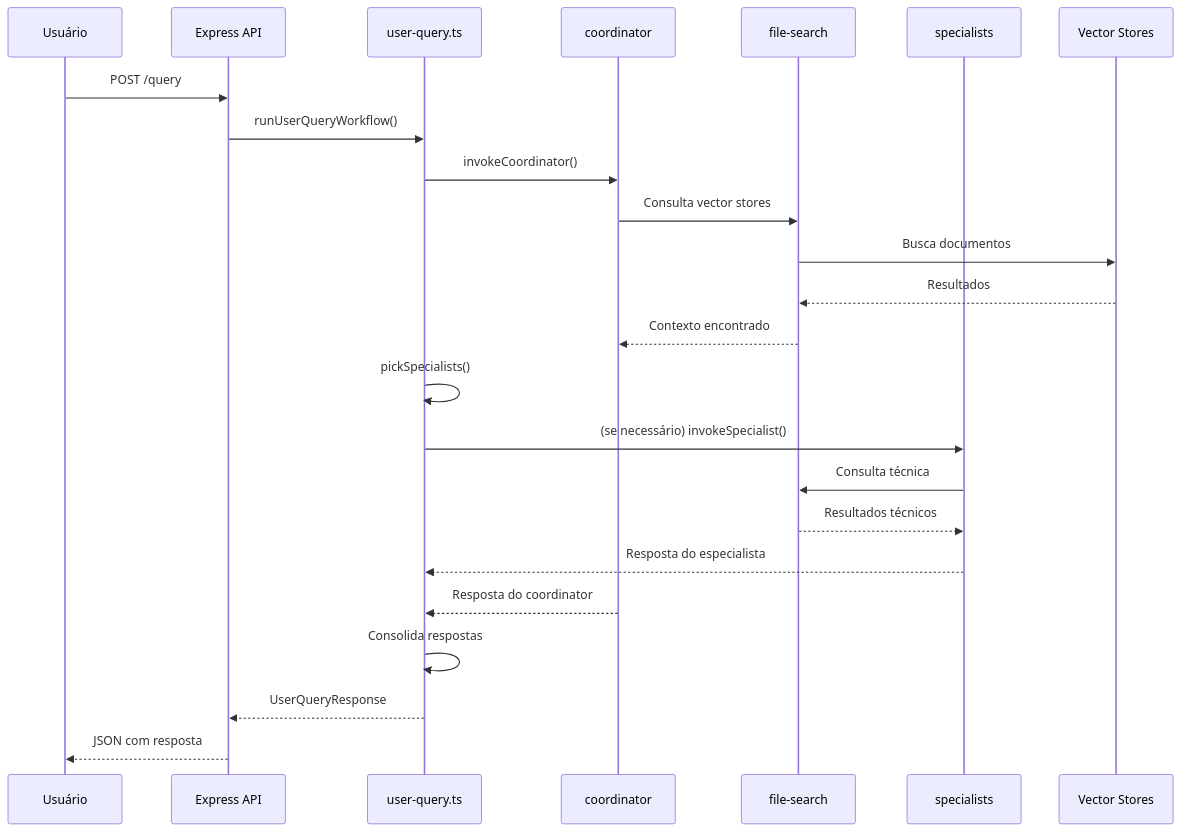
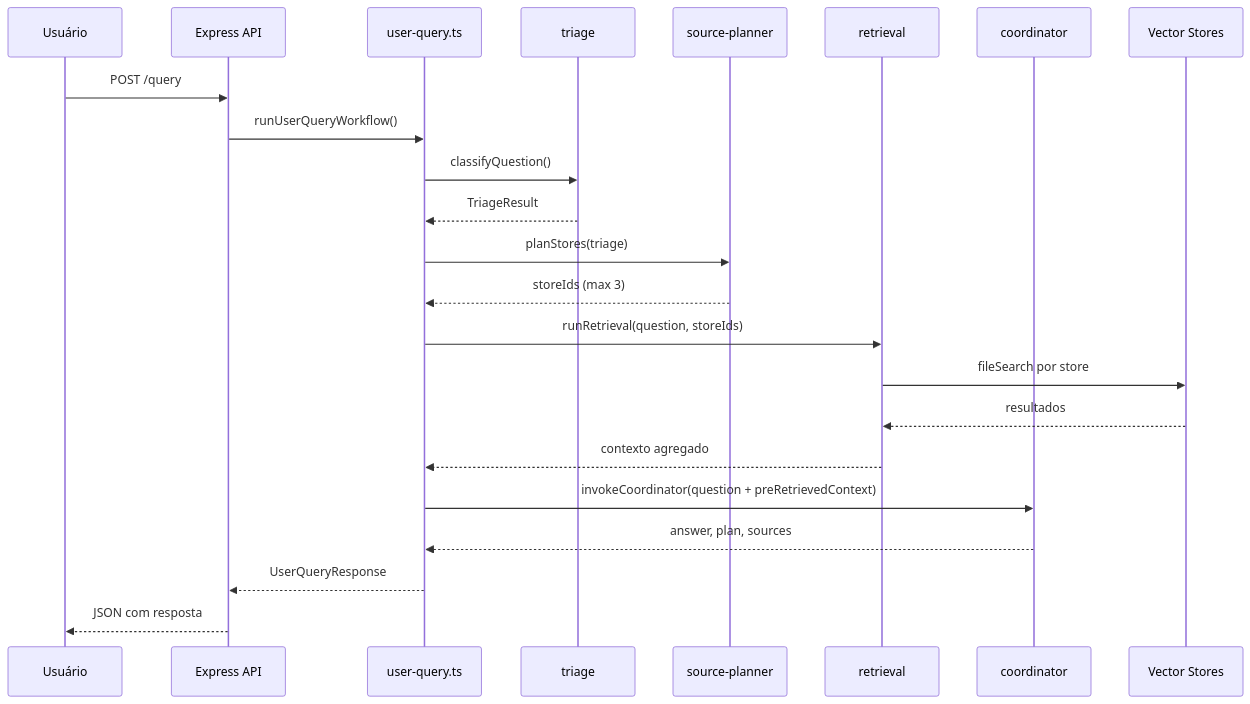
Before and after one commit to whitebeardit/tax-virtual-office: the first of 2 diagrams in docs/WORKFLOWS.md, drawn with Mermaid. The commit also changed other lines of this file and 19 other files, not shown here.

````diff
--- a/docs/WORKFLOWS.md
+++ b/docs/WORKFLOWS.md
@@ -26,27 +28,26 @@
 ```mermaid
 sequenceDiagram
     participant U as Usuário
     participant API as Express API
     participant W as user-query.ts
+    participant T as triage
+    participant P as source-planner
+    participant R as retrieval
     participant C as coordinator
-    participant FS as file-search
-    participant S as specialists
     participant VS as Vector Stores
 
     U->>API: POST /query
     API->>W: runUserQueryWorkflow()
-    W->>C: invokeCoordinator()
-    C->>FS: Consulta vector stores
-    FS->>VS: Busca documentos
-    VS-->>FS: Resultados
-    FS-->>C: Contexto encontrado
-    W->>W: pickSpecialists()
-    W->>S: (se necessário) invokeSpecialist()
-    S->>FS: Consulta técnica
-    FS-->>S: Resultados técnicos
-    S-->>W: Resposta do especialista
-    C-->>W: Resposta do coordinator
-    W->>W: Consolida respostas
+    W->>T: classifyQuestion()
+    T-->>W: TriageResult
+    W->>P: planStores(triage)
+    P-->>W: storeIds (max 3)
+    W->>R: runRetrieval(question, storeIds)
+    R->>VS: fileSearch por store
+    VS-->>R: resultados
+    R-->>W: contexto agregado
+    W->>C: invokeCoordinator(question + preRetrievedContext)
+    C-->>W: answer, plan, sources
     W-->>API: UserQueryResponse
     API-->>U: JSON com resposta
 ```
````
